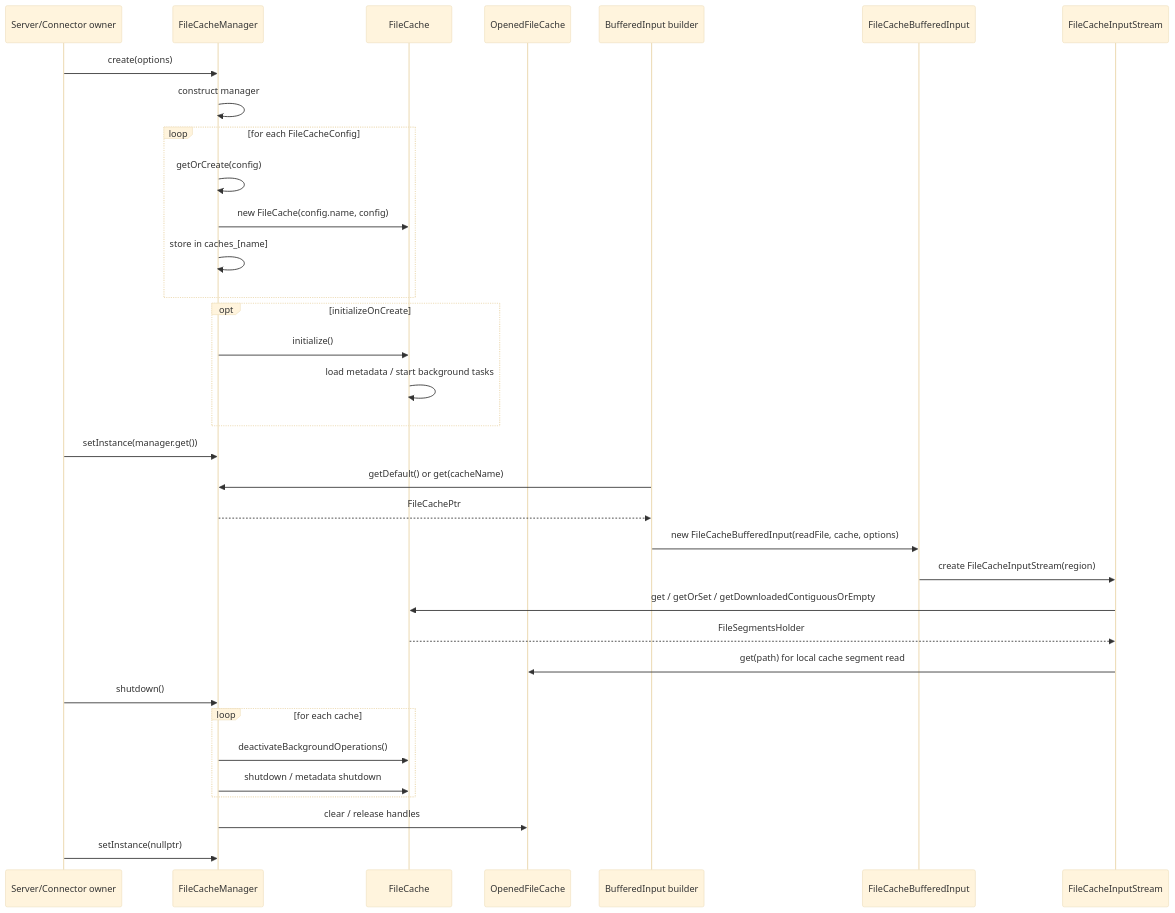
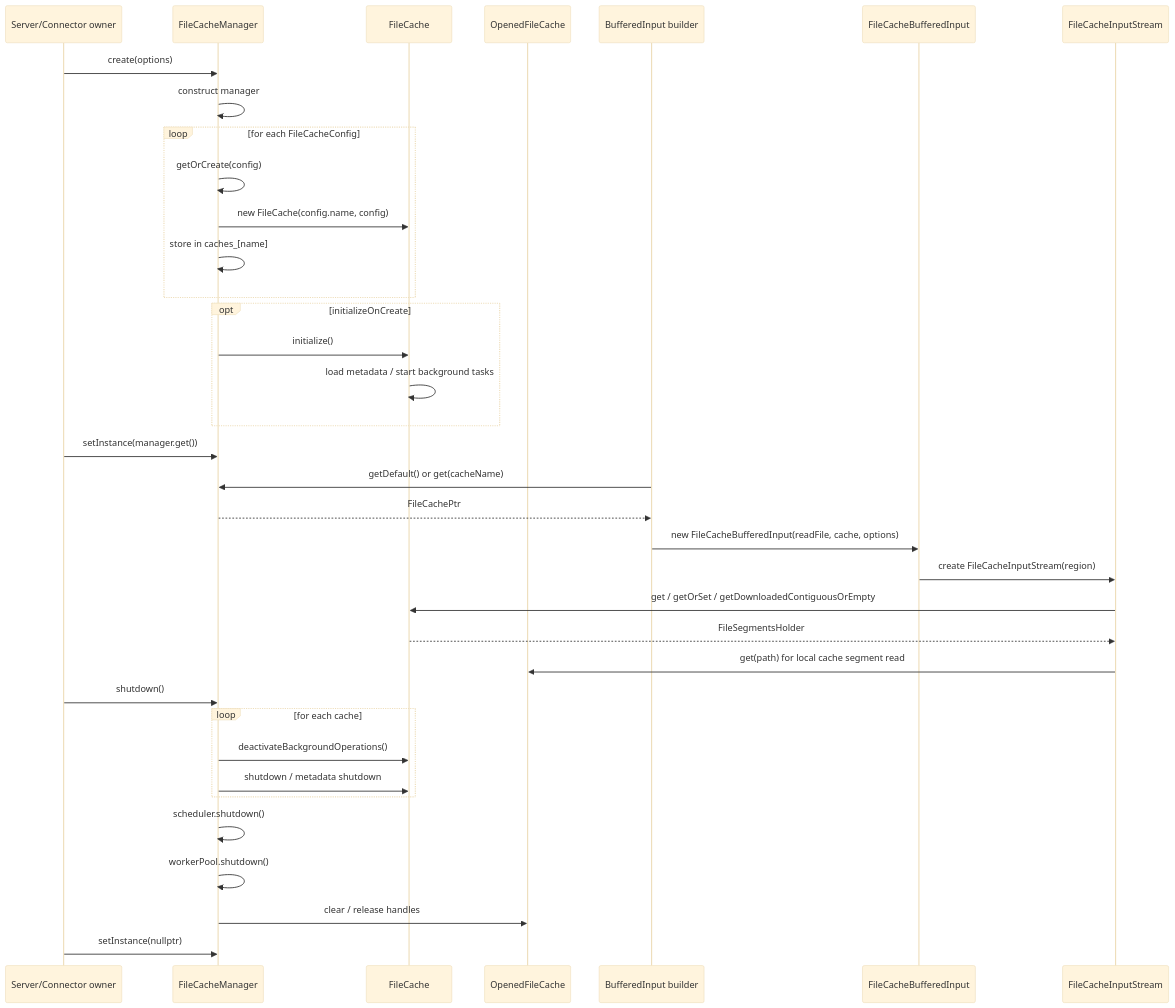
Before and after one commit to baibaichen/ClickHouse: the diagram in port/03-filecache-manager-lifecycle-design.md, drawn with Mermaid (base theme). The commit also changed other lines of this file and 9 other files, not shown here.

````diff
--- a/port/03-filecache-manager-lifecycle-design.md
+++ b/port/03-filecache-manager-lifecycle-design.md
@@ -123,39 +137,41 @@
 ```mermaid
 sequenceDiagram
     participant Owner as Server/Connector owner
     participant Manager as FileCacheManager
     participant Cache as FileCache
     participant Opened as OpenedFileCache
     participant Builder as BufferedInput builder
     participant FBI as FileCacheBufferedInput
     participant Stream as FileCacheInputStream
 
     Owner->>Manager: create(options)
     Manager->>Manager: construct manager
     loop for each FileCacheConfig
         Manager->>Manager: getOrCreate(config)
         Manager->>Cache: new FileCache(config.name, config)
         Manager->>Manager: store in caches_[name]
     end
     opt initializeOnCreate
         Manager->>Cache: initialize()
         Cache->>Cache: load metadata / start background tasks
     end
     Owner->>Manager: setInstance(manager.get())
 
     Builder->>Manager: getDefault() or get(cacheName)
     Manager-->>Builder: FileCachePtr
     Builder->>FBI: new FileCacheBufferedInput(readFile, cache, options)
     FBI->>Stream: create FileCacheInputStream(region)
     Stream->>Cache: get / getOrSet / getDownloadedContiguousOrEmpty
     Cache-->>Stream: FileSegmentsHolder
     Stream->>Opened: get(path) for local cache segment read
 
     Owner->>Manager: shutdown()
     loop for each cache
         Manager->>Cache: deactivateBackgroundOperations()
         Manager->>Cache: shutdown / metadata shutdown
     end
+    Manager->>Manager: scheduler.shutdown()
+    Manager->>Manager: workerPool.shutdown()
     Manager->>Opened: clear / release handles
     Owner->>Manager: setInstance(nullptr)
 ```
````
